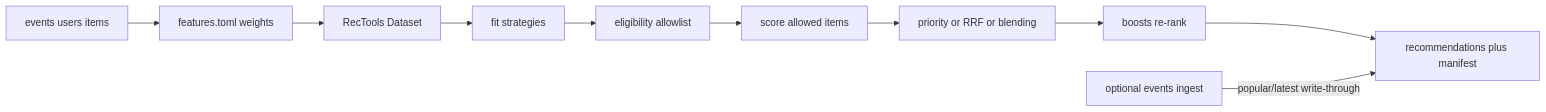
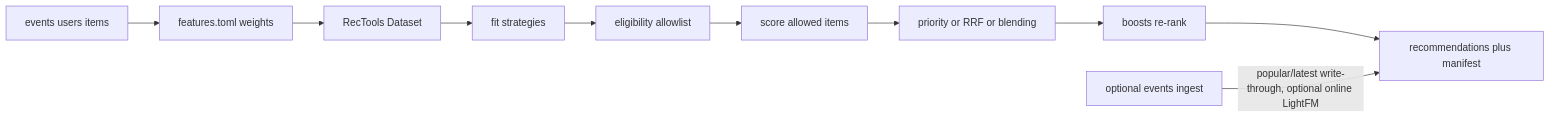
One commit to torbido-hq/cicerone changed the diagram in docs/how-it-works.md. Above: the diagram before and after it, drawn with Mermaid. The commit also changed other lines of this file and 47 other files, not shown here.

````diff
--- a/docs/how-it-works.md
+++ b/docs/how-it-works.md
@@ -18,15 +18,15 @@
 ```mermaid
 flowchart LR
   input[events users items]
   weigh[features.toml weights]
   dataset[RecTools Dataset]
   fit[fit strategies]
   allow[eligibility allowlist]
   score[score allowed items]
   combine[priority or RRF or blending]
   boost[boosts re-rank]
   out[recommendations plus manifest]
   events[optional events ingest]
   input --> weigh --> dataset --> fit --> allow --> score --> combine --> boost --> out
-  events -->|"popular/latest write-through"| out
+  events -->|"popular/latest write-through, optional online LightFM"| out
 ```
````
